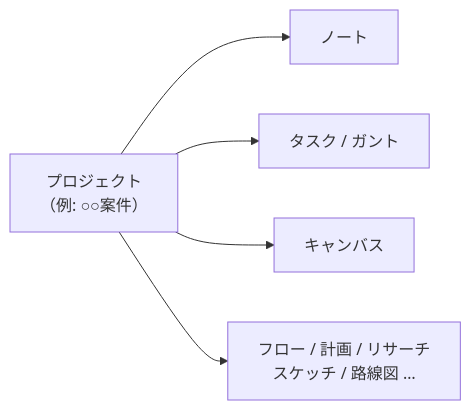
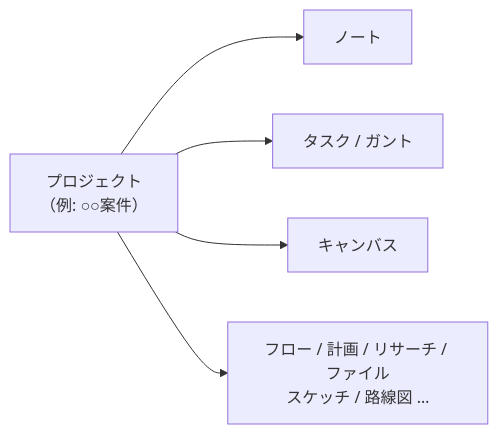
One commit to yyamada722/constella changed the diagram in src/renderer/src/help/01-intro.md. Above: the diagram before and after it, drawn with Mermaid. The commit also changed other lines of this file and 83 other files, not shown here.

````diff
--- a/src/renderer/src/help/01-intro.md
+++ b/src/renderer/src/help/01-intro.md
@@ -9,7 +9,7 @@
 ```mermaid
 graph LR
   P["プロジェクト<br/>（例: ○○案件）"] --> N["ノート"]
   P --> T["タスク / ガント"]
   P --> C["キャンバス"]
-  P --> F["フロー / 計画 / リサーチ<br/>スケッチ / 路線図 …"]
+  P --> F["フロー / 計画 / リサーチ / ファイル<br/>スケッチ / 路線図 …"]
 ```
````
